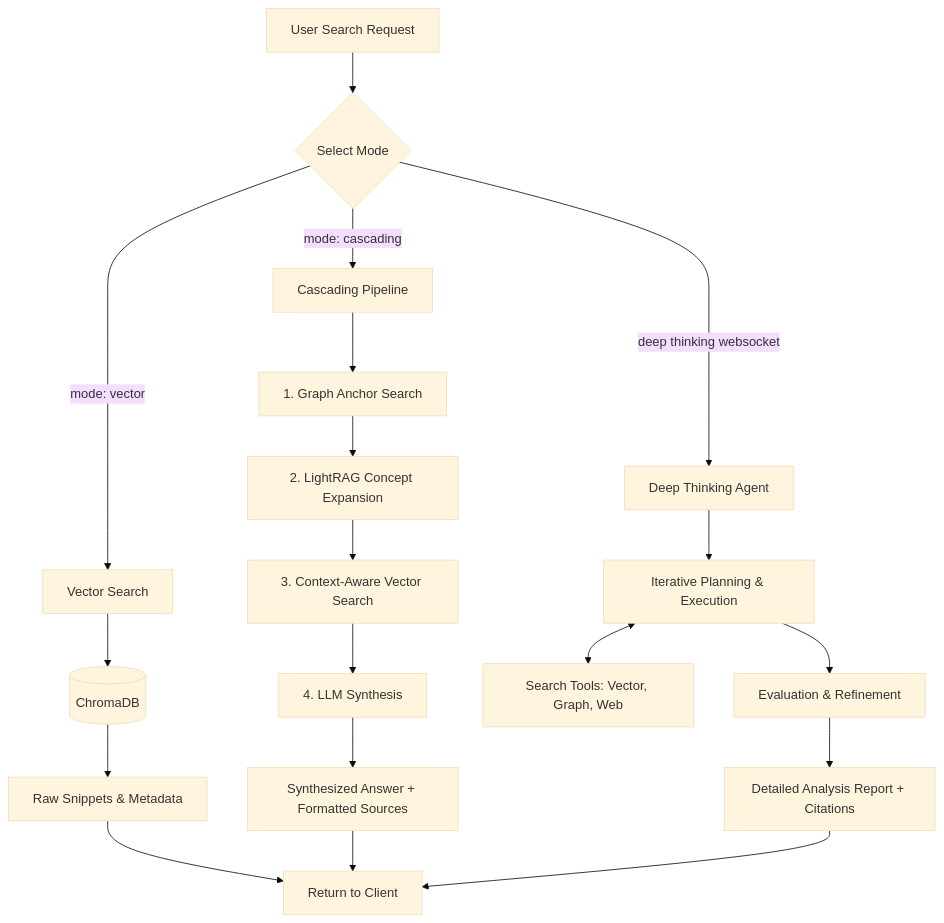
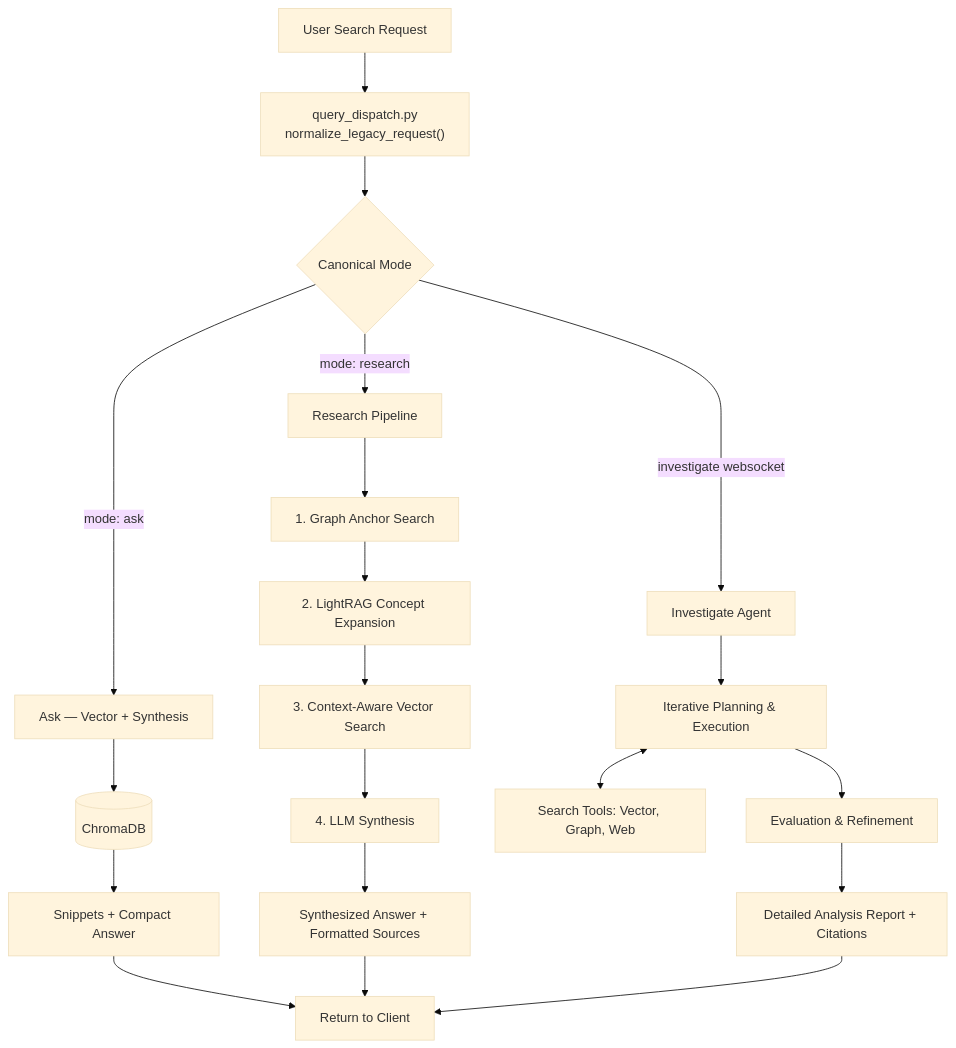
One commit to powskierman/obsidian_rag changed the second of 2 diagrams in Documentation/reference/search/SEARCH_ARCHITECTURE.md. Above: the diagram before and after it, drawn with Mermaid (base theme). The commit also changed other lines of this file and 15 other files, not shown here.

First line of the commit message:
Update docs for Ask/Research/Investigate mode consolidation

````diff
--- a/Documentation/reference/search/SEARCH_ARCHITECTURE.md
+++ b/Documentation/reference/search/SEARCH_ARCHITECTURE.md
@@ -36,27 +34,28 @@
 ```mermaid
 flowchart TD
-    Request[User Search Request] --> Route{Select Mode}
-    
-    %% Vector Mode
-    Route -->|mode: vector| Vector[Vector Search]
-    Vector --> Chroma[(ChromaDB)]
-    Chroma --> VectorResults[Raw Snippets & Metadata]
-    VectorResults --> Return[Return to Client]
-    
-    %% Cascading Mode
-    Route -->|mode: cascading| Cascading[Cascading Pipeline]
-    Cascading --> Anchor[1. Graph Anchor Search]
+    Request[User Search Request] --> Dispatch["query_dispatch.py\nnormalize_legacy_request()"]
+    Dispatch --> Route{Canonical Mode}
+
+    %% Ask Mode
+    Route -->|mode: ask| Ask[Ask — Vector + Synthesis]
+    Ask --> Chroma[(ChromaDB)]
+    Chroma --> AskResults[Snippets + Compact Answer]
+    AskResults --> Return[Return to Client]
+
+    %% Research Mode
+    Route -->|mode: research| Research[Research Pipeline]
+    Research --> Anchor[1. Graph Anchor Search]
     Anchor --> Expand[2. LightRAG Concept Expansion]
     Expand --> Enhance[3. Context-Aware Vector Search]
     Enhance --> Synthesize[4. LLM Synthesis]
-    Synthesize --> CascadingResults[Synthesized Answer + Formatted Sources]
-    CascadingResults --> Return
-    
-    %% Deep Research Mode
-    Route -->|deep thinking websocket| DeepResearch[Deep Thinking Agent]
-    DeepResearch --> Loop[Iterative Planning & Execution]
+    Synthesize --> ResearchResults[Synthesized Answer + Formatted Sources]
+    ResearchResults --> Return
+
+    %% Investigate Mode
+    Route -->|investigate websocket| Investigate[Investigate Agent]
+    Investigate --> Loop[Iterative Planning & Execution]
     Loop <--> Tools[Search Tools: Vector, Graph, Web]
     Loop --> FinalEval[Evaluation & Refinement]
-    FinalEval --> DeepResearchResults[Detailed Analysis Report + Citations]
-    DeepResearchResults --> Return
+    FinalEval --> InvestigateResults[Detailed Analysis Report + Citations]
+    InvestigateResults --> Return
 ```
````
